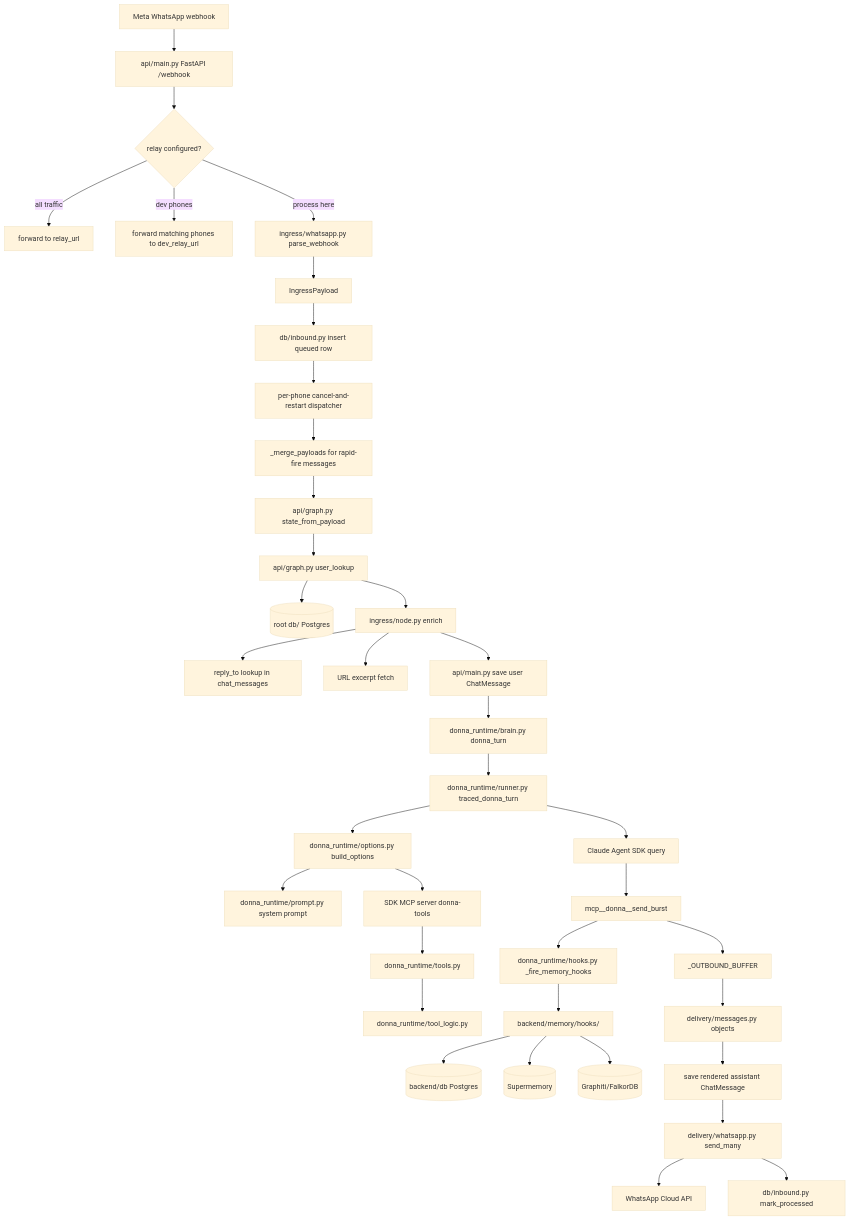
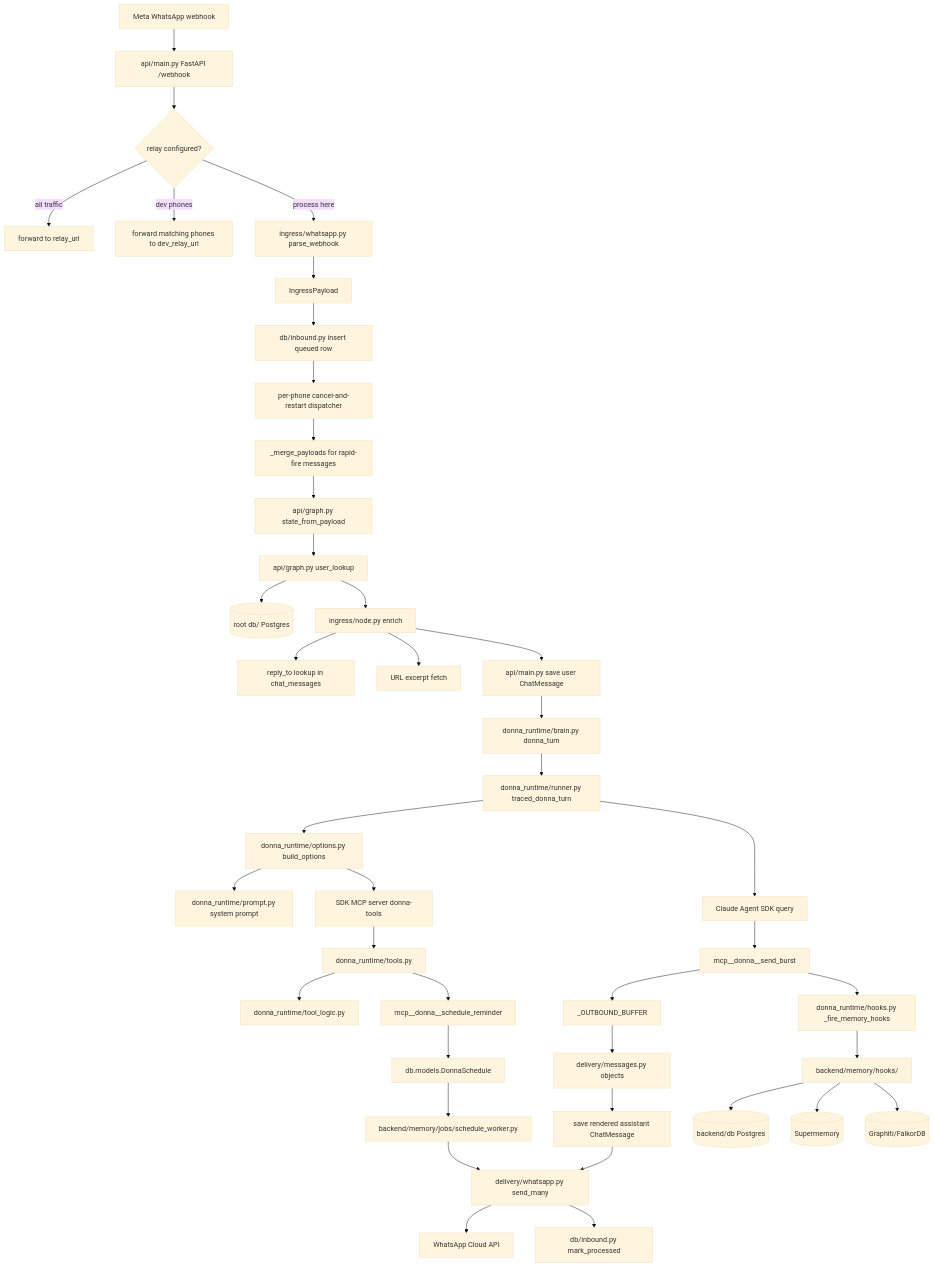
One commit to Arnav-Jhajharia/donna changed the second of 4 diagrams in docs/codebase-mind-map.md. Above: the diagram before and after it, drawn with Mermaid (base theme). The commit also changed other lines of this file and 379 other files, not shown here.

````diff
--- a/docs/codebase-mind-map.md
+++ b/docs/codebase-mind-map.md
@@ -101,44 +107,50 @@
 ```mermaid
 flowchart TD
   WA[Meta WhatsApp webhook] --> API[api/main.py FastAPI /webhook]
   API --> Relay{relay configured?}
   Relay -->|all traffic| RelayTarget[forward to relay_url]
   Relay -->|dev phones| DevRelay[forward matching phones to dev_relay_url]
   Relay -->|process here| Parse[ingress/whatsapp.py parse_webhook]
 
   Parse --> Payload[IngressPayload]
   Payload --> Inbox[db/inbound.py insert queued row]
   Inbox --> Dispatch[per-phone cancel-and-restart dispatcher]
   Dispatch --> Merge[_merge_payloads for rapid-fire messages]
 
   Merge --> State[api/graph.py state_from_payload]
   State --> UserLookup[api/graph.py user_lookup]
   UserLookup --> RootDB[(root db/ Postgres)]
   UserLookup --> Enrich[ingress/node.py enrich]
   Enrich --> ReplyCtx[reply_to lookup in chat_messages]
   Enrich --> UrlFetch[URL excerpt fetch]
 
   Enrich --> SaveUser[api/main.py save user ChatMessage]
   SaveUser --> Brain[donna_runtime/brain.py donna_turn]
   Brain --> Runner[donna_runtime/runner.py traced_donna_turn]
   Runner --> Options[donna_runtime/options.py build_options]
   Options --> Prompt[donna_runtime/prompt.py system prompt]
   Options --> MCP[SDK MCP server donna-tools]
   MCP --> Tools[donna_runtime/tools.py]
   Tools --> ToolLogic[donna_runtime/tool_logic.py]
   Runner --> SDK[Claude Agent SDK query]
 
   SDK --> SendBurst[mcp__donna__send_burst]
   SendBurst --> Buffer[_OUTBOUND_BUFFER]
   SendBurst --> MemoryHooks[donna_runtime/hooks.py _fire_memory_hooks]
   MemoryHooks --> BackendHooks[backend/memory/hooks/]
   BackendHooks --> BackendDB[(backend/db Postgres)]
   BackendHooks --> Supermemory[(Supermemory)]
   BackendHooks --> Graphiti[(Graphiti/FalkorDB)]
 
   Buffer --> Outbound[delivery/messages.py objects]
   Outbound --> SaveAssistant[save rendered assistant ChatMessage]
   SaveAssistant --> Send[delivery/whatsapp.py send_many]
   Send --> WAAPI[WhatsApp Cloud API]
   Send --> MarkProcessed[db/inbound.py mark_processed]
+
+  %% Reminders (one-shot schedules)
+  Tools --> ScheduleTool[mcp__donna__schedule_reminder]
+  ScheduleTool --> SchedRow[db.models.DonnaSchedule]
+  SchedRow --> SchedWorker[backend/memory/jobs/schedule_worker.py]
+  SchedWorker --> Send
 ```
````
